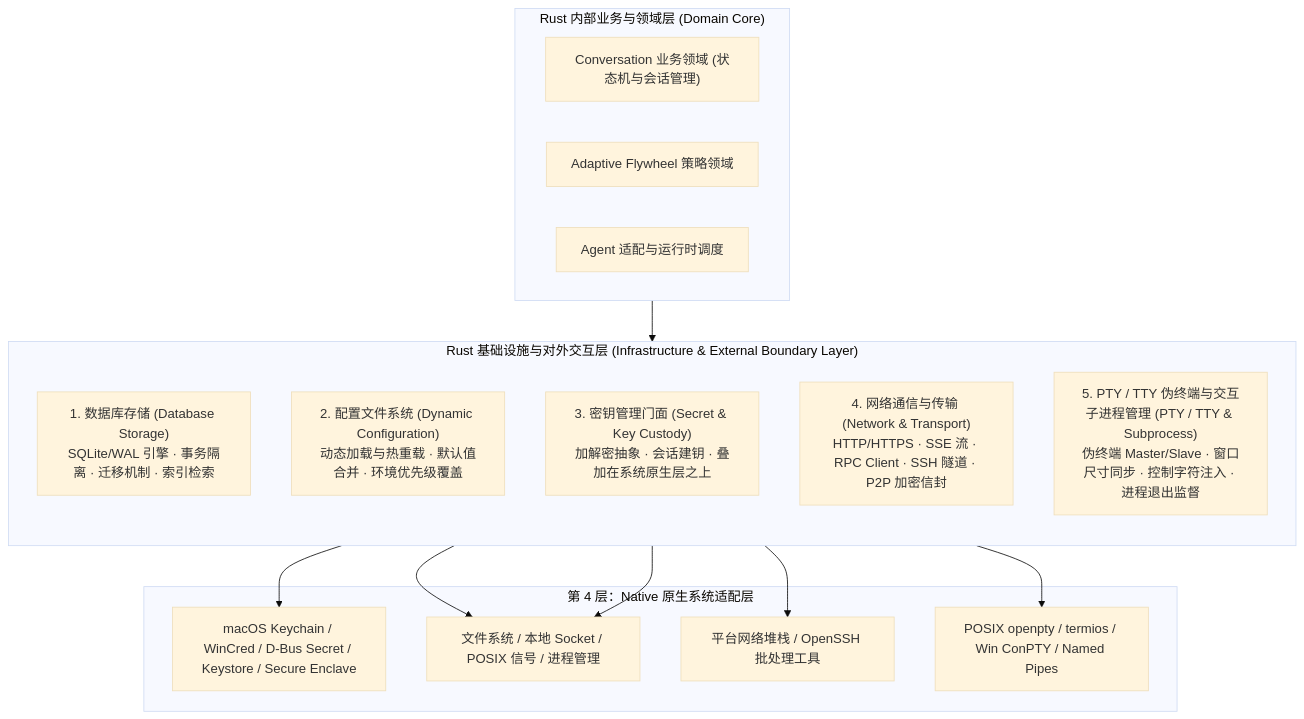
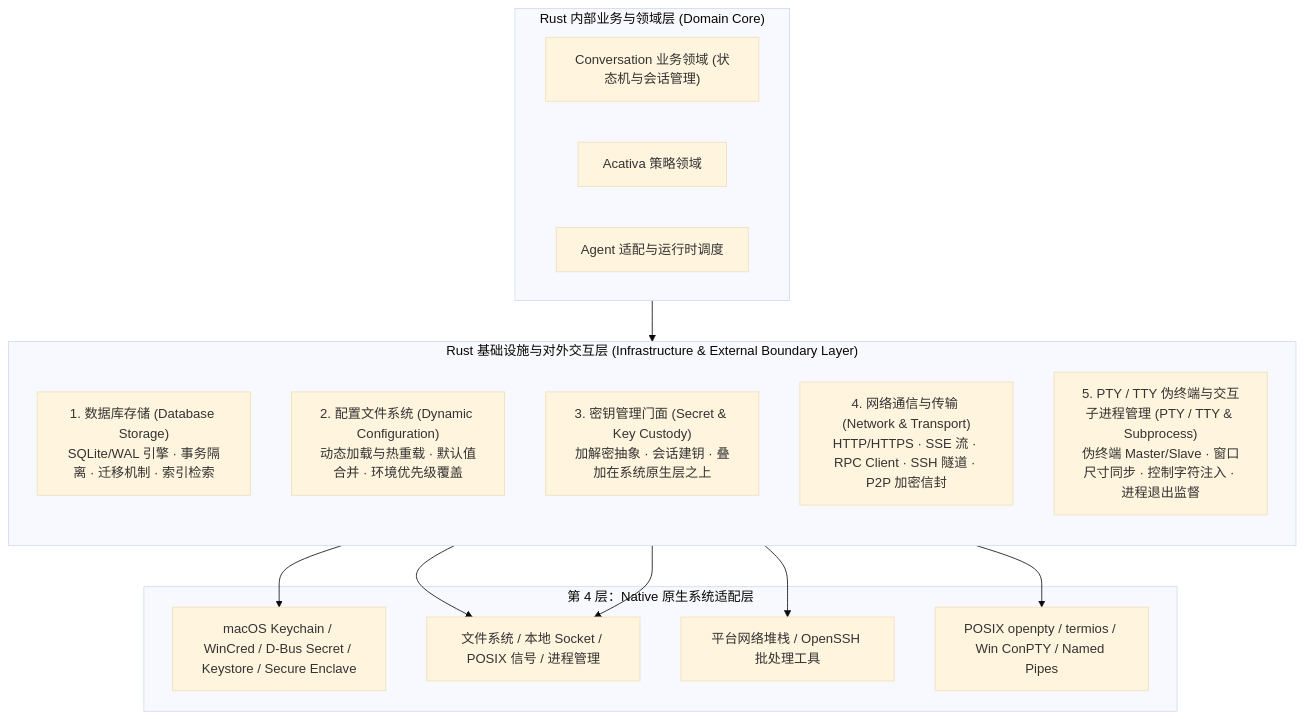
The diagram in docs/architecture/RUST-INFRASTRUCTURE-LAYER.zh-CN.md (LicoLand/LicoUp), drawn with Mermaid (base theme) before and after one commit. The commit also changed other lines of this file and 3928 other files, not shown here.

````diff
--- a/docs/architecture/RUST-INFRASTRUCTURE-LAYER.zh-CN.md
+++ b/docs/architecture/RUST-INFRASTRUCTURE-LAYER.zh-CN.md
@@ -17,31 +20,31 @@
 ```mermaid
 flowchart TB
     subgraph DOMAIN["Rust 内部业务与领域层 (Domain Core)"]
         CONV["Conversation 业务领域 (状态机与会话管理)"]
-        FLYWHEEL["Adaptive Flywheel 策略领域"]
+        FLYWHEEL["Acativa 策略领域"]
         AGENTS["Agent 适配与运行时调度"]
     end
 
     subgraph INFRA["Rust 基础设施与对外交互层 (Infrastructure & External Boundary Layer)"]
         direction TB
         DB["1. 数据库存储 (Database Storage)<br/>SQLite/WAL 引擎 · 事务隔离 · 迁移机制 · 索引检索"]
         CONFIG["2. 配置文件系统 (Dynamic Configuration)<br/>动态加载与热重载 · 默认值合并 · 环境优先级覆盖"]
         SECRETS["3. 密钥管理门面 (Secret & Key Custody)<br/>加解密抽象 · 会话建钥 · 叠加在系统原生层之上"]
         NETWORK["4. 网络通信与传输 (Network & Transport)<br/>HTTP/HTTPS · SSE 流 · RPC Client · SSH 隧道 · P2P 加密信封"]
         PTY["5. PTY / TTY 伪终端与交互子进程管理 (PTY / TTY & Subprocess)<br/>伪终端 Master/Slave · 窗口尺寸同步 · 控制字符注入 · 进程退出监督"]
     end
 
     subgraph NATIVE["第 4 层：Native 原生系统适配层"]
         OS_KEYCHAIN["macOS Keychain / WinCred / D-Bus Secret / Keystore / Secure Enclave"]
         OS_SYSTEM["文件系统 / 本地 Socket / POSIX 信号 / 进程管理"]
         OS_NETWORK["平台网络堆栈 / OpenSSH 批处理工具"]
         OS_PTY["POSIX openpty / termios / Win ConPTY / Named Pipes"]
     end
 
     DOMAIN --> INFRA
     SECRETS --> OS_KEYCHAIN
     DB --> OS_SYSTEM
     CONFIG --> OS_SYSTEM
     NETWORK --> OS_NETWORK
     PTY --> OS_PTY
 ```
````
